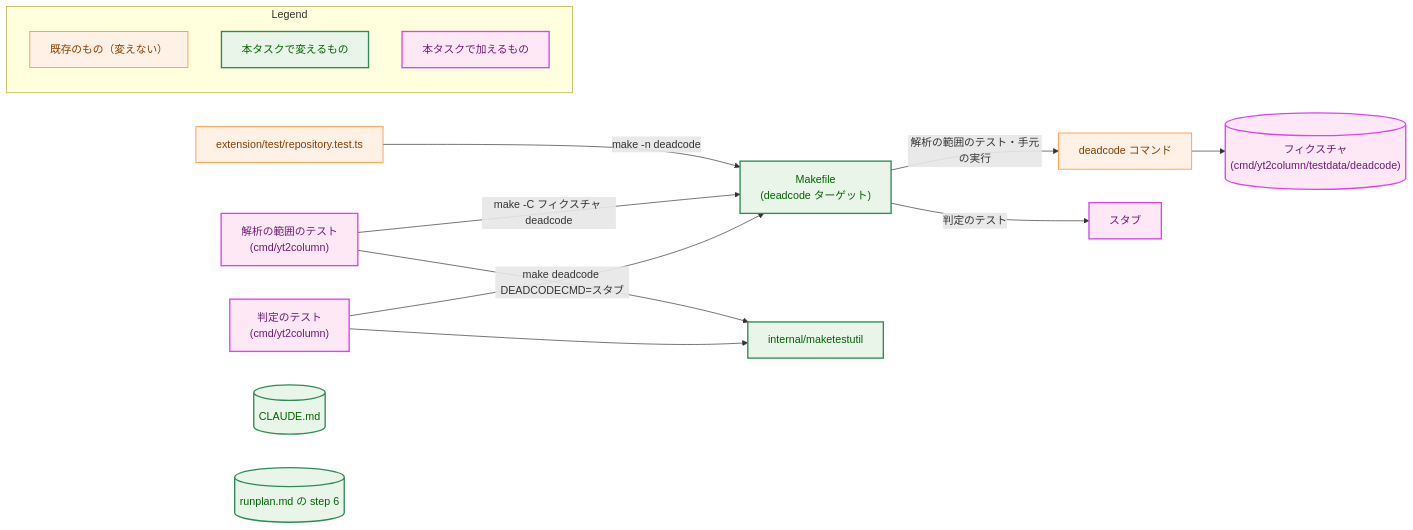
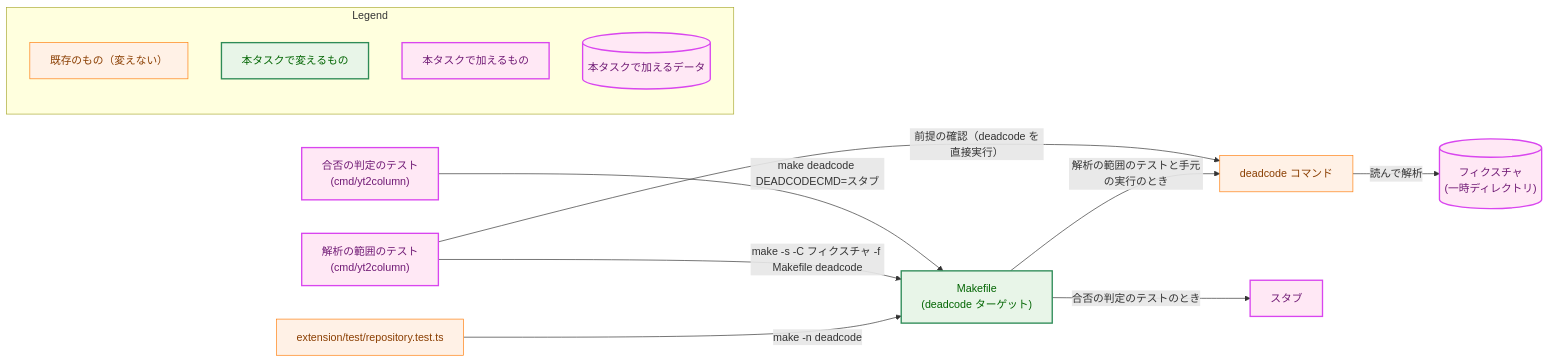
The second of 4 diagrams in docs/tasks/0047_deadcode_scope/02_architecture.md (isseis/yt2column), drawn with Mermaid before and after one commit. The commit also changed other lines of this file, not shown here.

First line of the commit message:
docs(0047): address the architecture review and polish the Japanese prose

````diff
--- a/docs/tasks/0047_deadcode_scope/02_architecture.md
+++ b/docs/tasks/0047_deadcode_scope/02_architecture.md
@@ -109,40 +111,37 @@
 ```mermaid
 flowchart LR
-    classDef data fill:#e6f7ff,stroke:#1f77b4,stroke-width:1px,color:#0b3d91;
     classDef process fill:#fff1e6,stroke:#ff7f0e,stroke-width:1px,color:#8a3e00;
     classDef enhanced fill:#e8f5e8,stroke:#2e8b57,stroke-width:2px,color:#006400;
     classDef newpkg fill:#ffe8f5,stroke:#d946ef,stroke-width:2px,color:#701a75;
 
     MK["Makefile<br>(deadcode ターゲット)"]
     DC["deadcode コマンド"]
     STUB["スタブ"]
-    FIX[("フィクスチャ<br>(cmd/yt2column/testdata/deadcode)")]
-    VT["判定のテスト<br>(cmd/yt2column)"]
+    FIX[("フィクスチャ<br>(一時ディレクトリ)")]
+    VT["合否の判定のテスト<br>(cmd/yt2column)"]
     ST["解析の範囲のテスト<br>(cmd/yt2column)"]
-    MTU["internal/maketestutil"]
     NT["extension/test/repository.test.ts"]
-    CL[("CLAUDE.md")]
-    RP[("runplan.md の step 6")]
 
     VT -->|"make deadcode DEADCODECMD=スタブ"| MK
-    ST -->|"make -C フィクスチャ deadcode"| MK
-    VT --> MTU
-    ST --> MTU
-    MK -->|"判定のテスト"| STUB
-    MK -->|"解析の範囲のテスト・手元の実行"| DC
-    DC --> FIX
+    ST -->|"make -s -C フィクスチャ -f Makefile deadcode"| MK
+    ST -->|"前提の確認（deadcode を直接実行）"| DC
+    MK -->|"合否の判定のテストのとき"| STUB
+    MK -->|"解析の範囲のテストと手元の実行のとき"| DC
+    DC -->|"読んで解析"| FIX
     NT -->|"make -n deadcode"| MK
 
-    class MK,MTU,CL,RP enhanced
+    class MK enhanced
     class VT,ST,STUB,FIX newpkg
     class DC,NT process
 
     subgraph Legend["Legend"]
         L1["既存のもの（変えない）"]
         L2["本タスクで変えるもの"]
         L3["本タスクで加えるもの"]
+        L4[("本タスクで加えるデータ")]
     end
     class L1 process
     class L2 enhanced
     class L3 newpkg
+    class L4 newpkg
 ```
````
